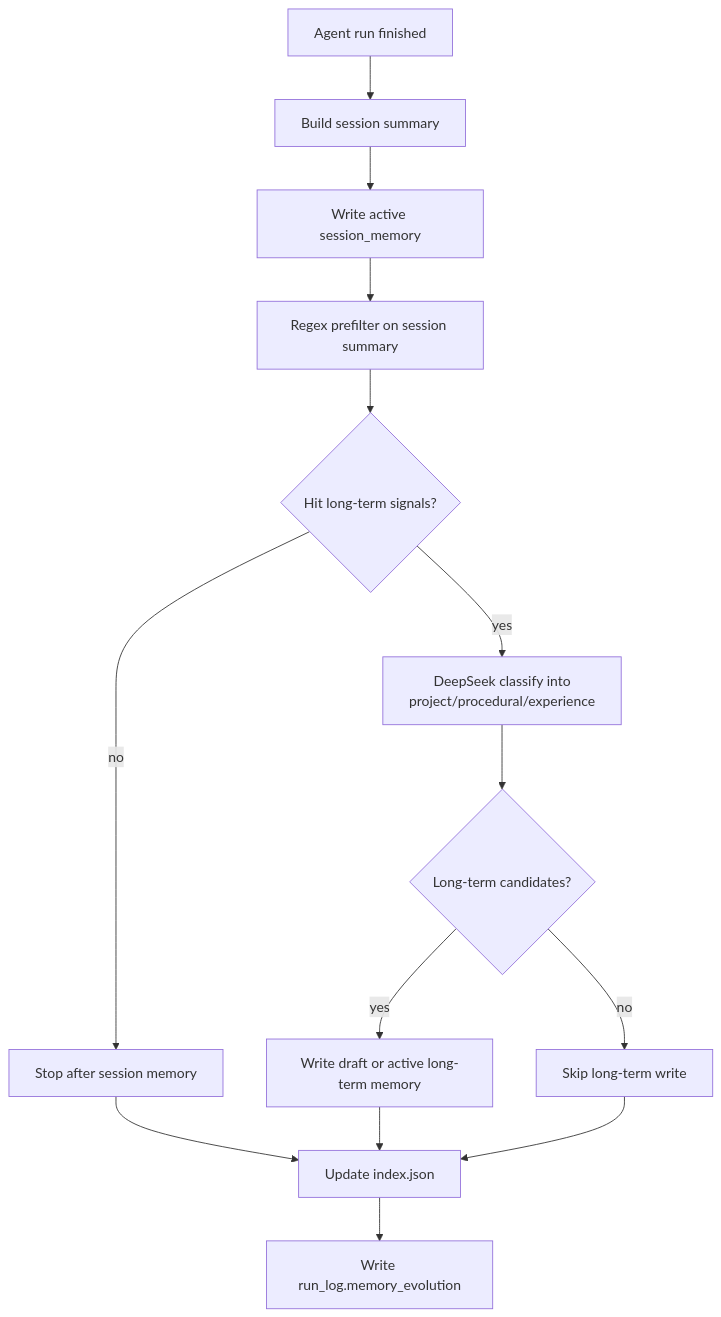
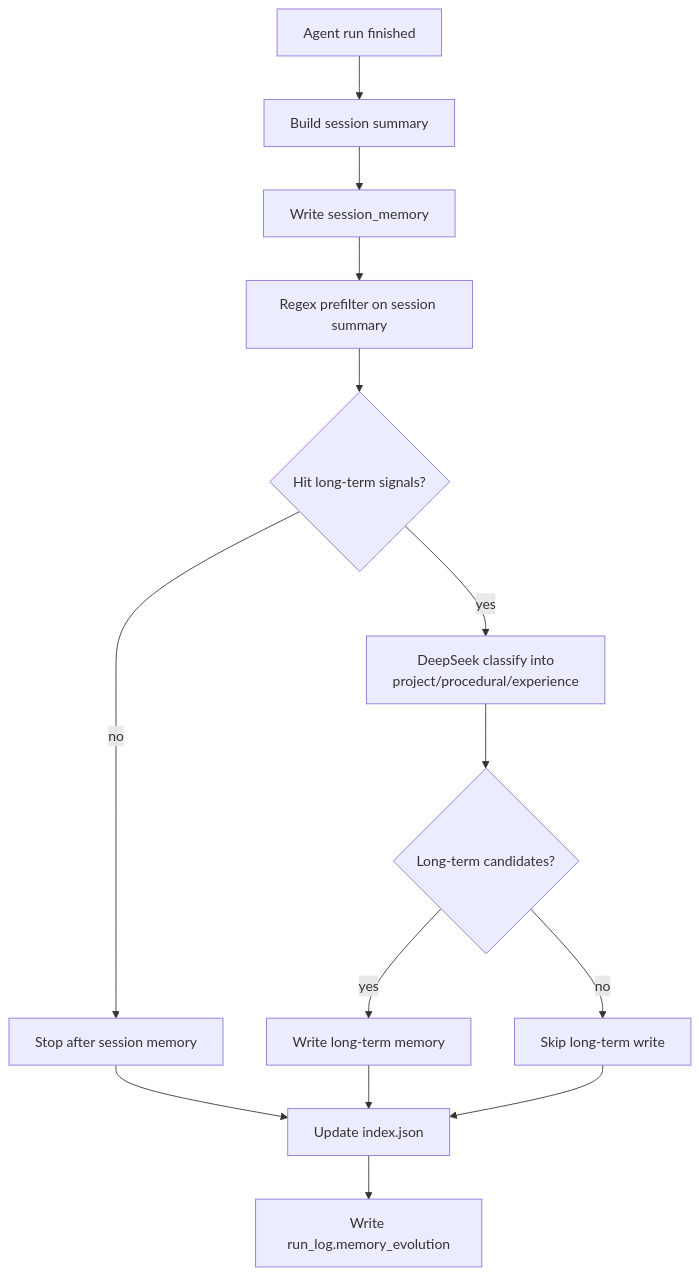
One commit to Cachuela11/MiniCode changed the sixth of 6 diagrams in README.md. Above: the diagram before and after it, drawn with Mermaid. The commit also changed other lines of this file and 7 other files, not shown here.

````diff
--- a/README.md
+++ b/README.md
@@ -226,16 +226,16 @@
 ```mermaid
 flowchart TD
     A[Agent run finished] --> B[Build session summary]
-    B --> C[Write active session_memory]
+    B --> C[Write session_memory]
     C --> D[Regex prefilter on session summary]
     D --> E{Hit long-term signals?}
     E -->|no| F[Stop after session memory]
     E -->|yes| G[DeepSeek classify into<br/>project/procedural/experience]
     G --> H{Long-term candidates?}
-    H -->|yes| I[Write draft or active long-term memory]
+    H -->|yes| I[Write long-term memory]
     H -->|no| J[Skip long-term write]
     F --> K[Update index.json]
     I --> K
     J --> K
     K --> L[Write run_log.memory_evolution]
 ```
````
